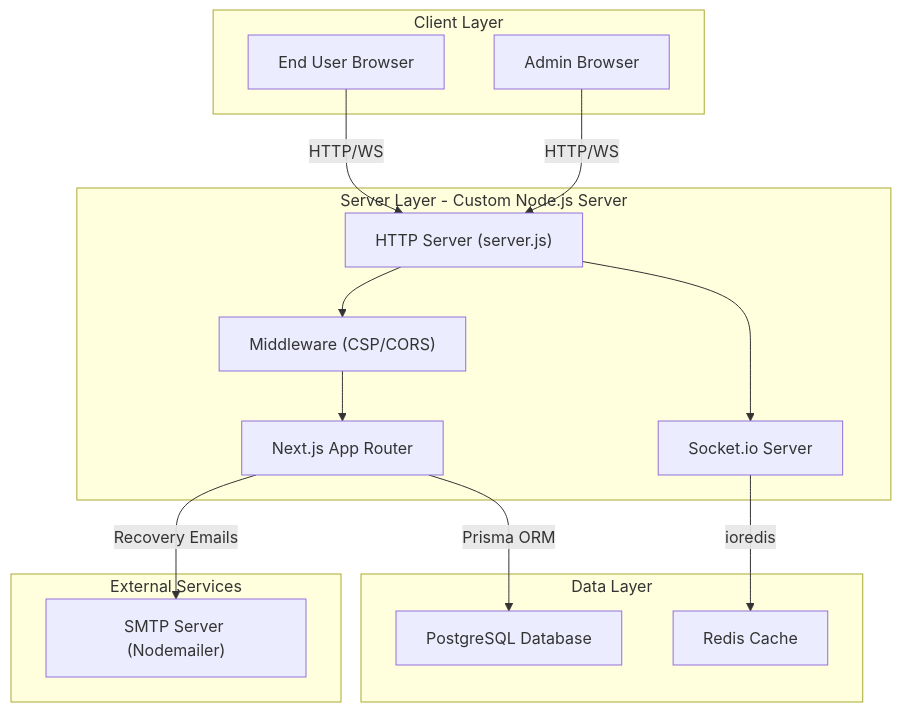
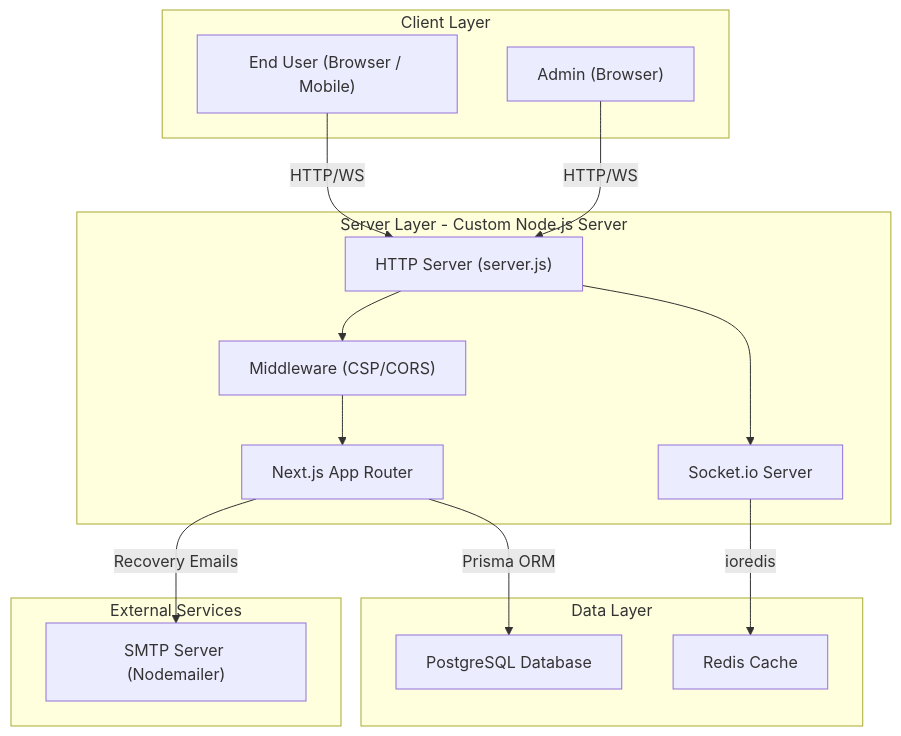
Before and after one commit to Tadelachewu/nibbotfinal: the second of 8 diagrams in docs/SDD.md, drawn with Mermaid. The commit also changed other lines of this file and 30 other files, not shown here.

````diff
--- a/docs/SDD.md
+++ b/docs/SDD.md
@@ -97,31 +139,31 @@
 ```mermaid
 graph TB
     subgraph "Client Layer"
-        EU["End User Browser"]
-        AD["Admin Browser"]
+        EU["End User (Browser / Mobile)"]
+        AD["Admin (Browser)"]
     end
 
     subgraph "Server Layer - Custom Node.js Server"
         HTTP["HTTP Server (server.js)"]
         NEXT["Next.js App Router"]
         SIO["Socket.io Server"]
         MW["Middleware (CSP/CORS)"]
     end
 
     subgraph "Data Layer"
         PG["PostgreSQL Database"]
         RD["Redis Cache"]
     end
 
     subgraph "External Services"
         SMTP["SMTP Server (Nodemailer)"]
     end
 
     EU -->|"HTTP/WS"| HTTP
     AD -->|"HTTP/WS"| HTTP
     HTTP --> MW --> NEXT
     HTTP --> SIO
     NEXT -->|"Prisma ORM"| PG
     SIO -->|"ioredis"| RD
     NEXT -->|"Recovery Emails"| SMTP
 ```
````
